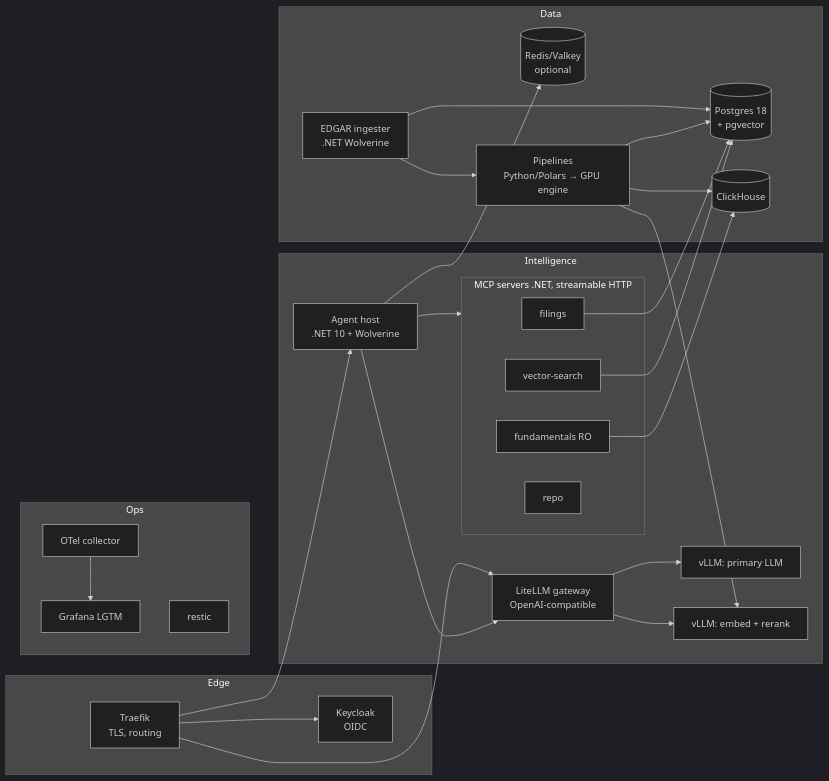
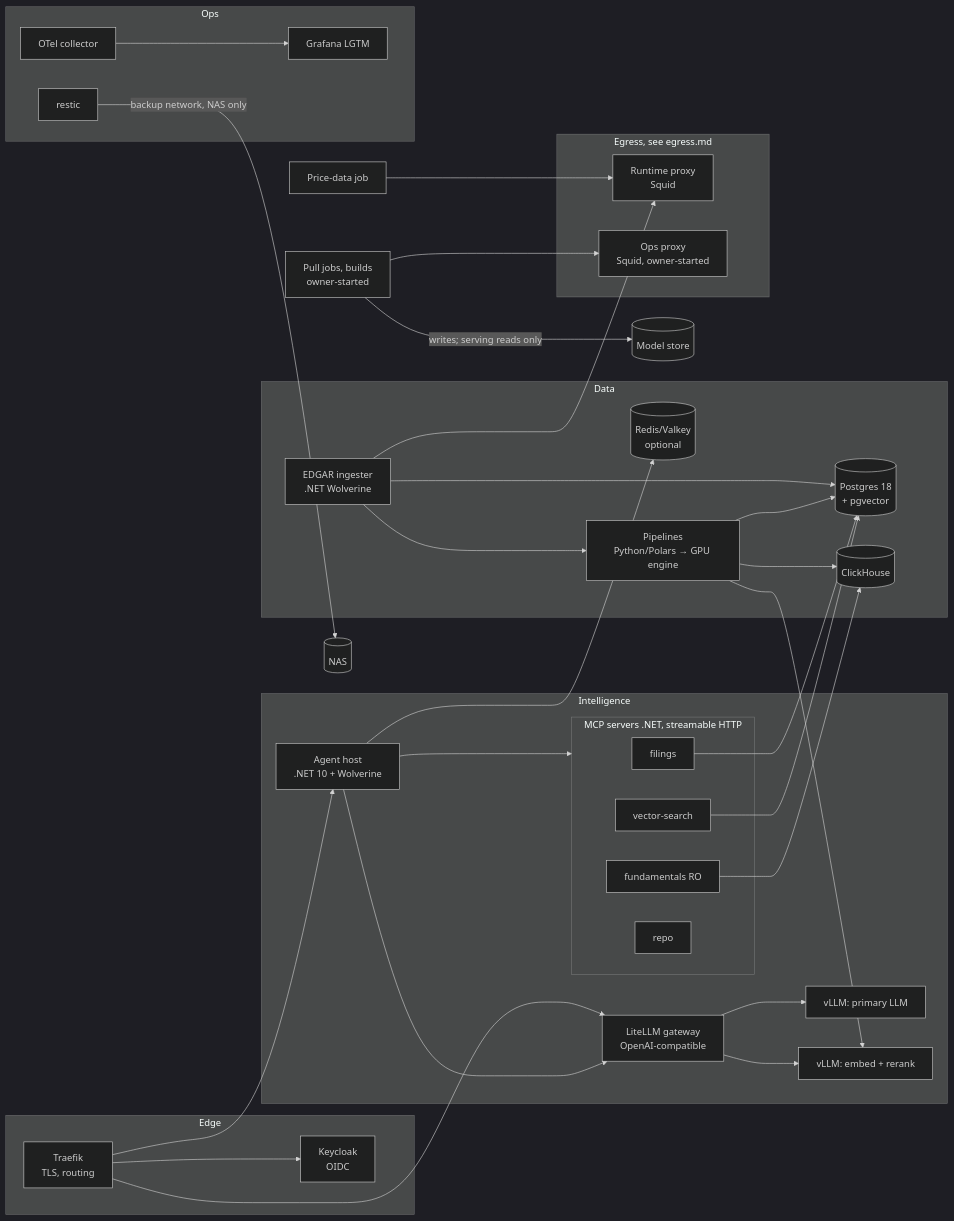
Before and after one commit to mpcs2013/aether-spark: the second of 2 diagrams in docs/architecture/c4.md, drawn with Mermaid (dark theme). The commit also changed other lines of this file and 9 other files, not shown here.

````diff
--- a/docs/architecture/c4.md
+++ b/docs/architecture/c4.md
@@ -21,36 +21,45 @@
 ```mermaid
 flowchart LR
   subgraph Edge
     TR[Traefik<br/>TLS, routing]
     KC[Keycloak<br/>OIDC]
   end
   subgraph Intelligence
     GW[LiteLLM gateway<br/>OpenAI-compatible]
     V1[vLLM: primary LLM]
     V2[vLLM: embed + rerank]
     AG[Agent host<br/>.NET 10 + Wolverine]
     subgraph MCP[MCP servers .NET, streamable HTTP]
       M1[filings]; M2[fundamentals RO]; M3[vector-search]; M4[repo]
     end
   end
   subgraph Data
     PG[(Postgres 18<br/>+ pgvector)]
     CH[(ClickHouse)]
     RD[(Redis/Valkey<br/>optional)]
     PIPE[Pipelines<br/>Python/Polars → GPU engine]
     ING[EDGAR ingester<br/>.NET Wolverine]
   end
   subgraph Ops
     OT[OTel collector] --> LGTM[Grafana LGTM]
     RS[restic]
   end
+  subgraph Egress[Egress, see egress.md]
+    PXR[Runtime proxy<br/>Squid]
+    PXO[Ops proxy<br/>Squid, owner-started]
+  end
+  PRICE[Price-data job] --> PXR
+  PULL[Pull jobs, builds<br/>owner-started] --> PXO
+  PULL -->|writes; serving reads only| MODELS[(Model store)]
+  ING --> PXR
+  RS -->|backup network, NAS only| NASX[(NAS)]
   TR --> GW & AG & KC
   AG --> GW --> V1 & V2
   AG --> MCP
   M1 & M3 --> PG
   M2 --> CH
   ING --> PG
   ING --> PIPE --> CH & PG
   PIPE --> V2
   AG --> RD
 ```
````
